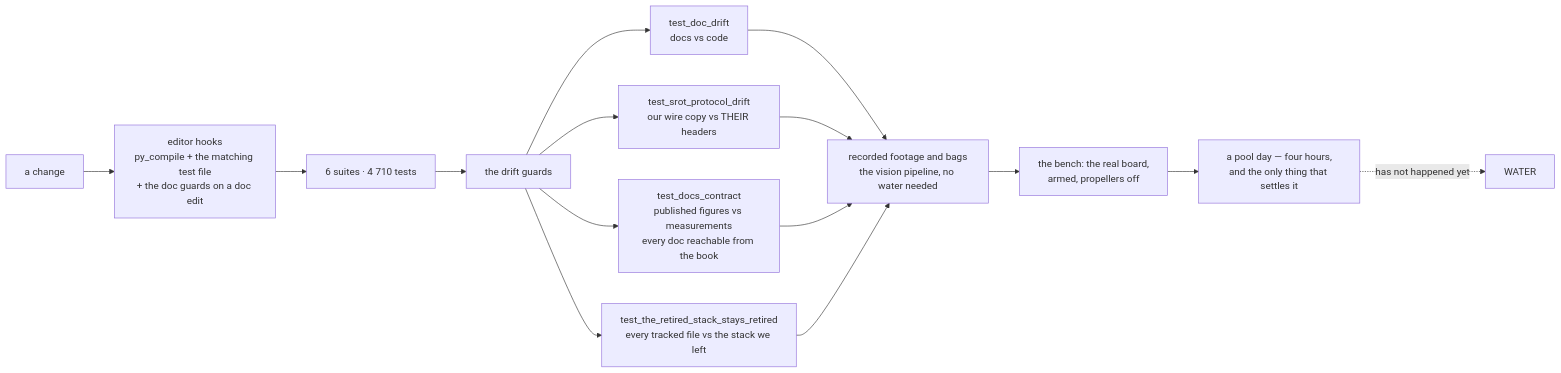
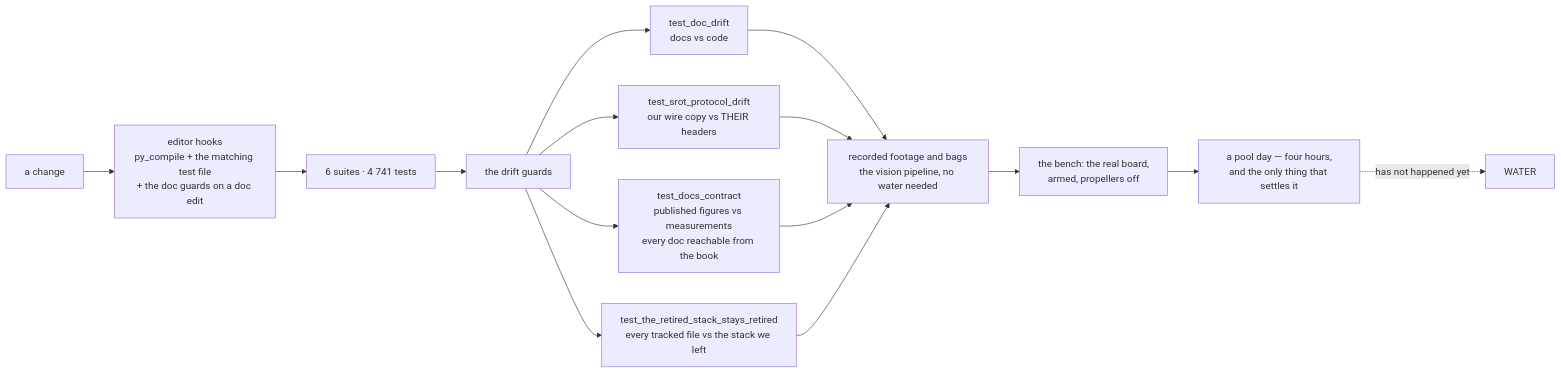
The ninth of 10 diagrams in README.md (fh1m/mongla_ws), drawn with Mermaid before and after one commit. The commit also changed other lines of this file and 2 other files, not shown here.

````diff
--- a/README.md
+++ b/README.md
@@ -817,17 +817,17 @@
 ```mermaid
 flowchart LR
     DEV["a change"] --> HOOK["editor hooks<br/>py_compile + the matching test file<br/>+ the doc guards on a doc edit"]
-    HOOK --> UNIT["6 suites · 4 710 tests"]
+    HOOK --> UNIT["6 suites · 4 741 tests"]
     UNIT --> GUARD["the drift guards"]
     GUARD --> G1["test_doc_drift<br/>docs vs code"]
     GUARD --> G2["test_srot_protocol_drift<br/>our wire copy vs THEIR headers"]
     GUARD --> G3["test_docs_contract<br/>published figures vs measurements<br/>every doc reachable from the book"]
     GUARD --> G4["test_the_retired_stack_stays_retired<br/>every tracked file vs the stack we left"]
     G1 --> REPLAY["recorded footage and bags<br/>the vision pipeline, no water needed"]
     G2 --> REPLAY
     G3 --> REPLAY
     G4 --> REPLAY
     REPLAY --> BENCH["the bench: the real board,<br/>armed, propellers off"]
     BENCH --> POOL["a pool day — four hours,<br/>and the only thing that settles it"]
     POOL -.->|"has not happened yet"| WATER["WATER"]
 ```
````
